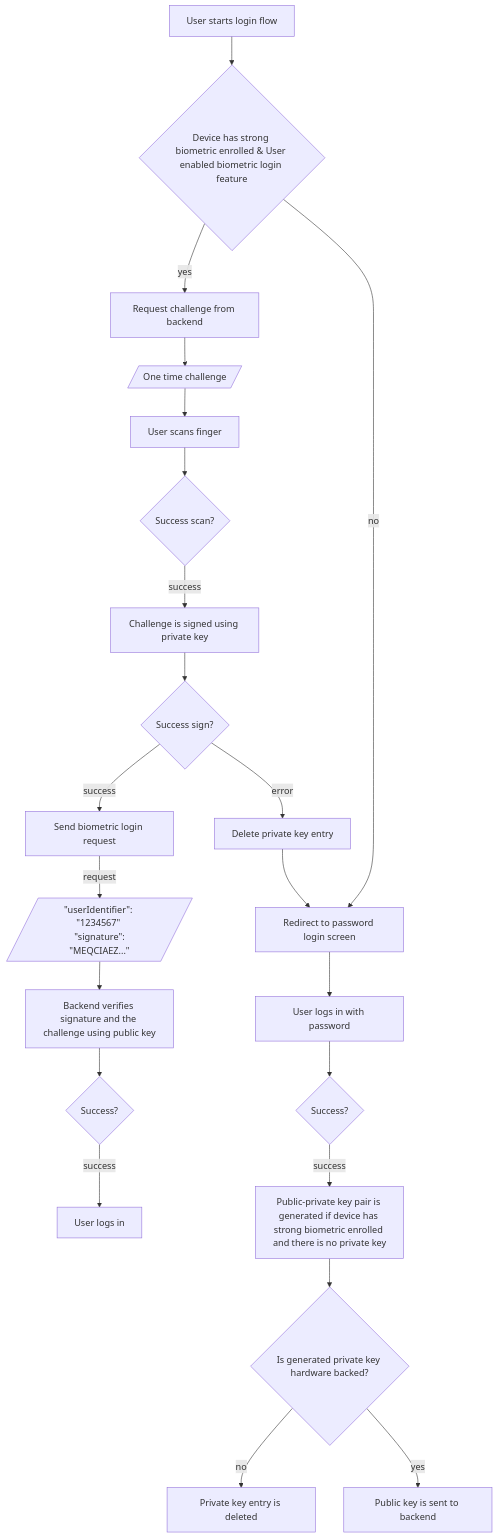
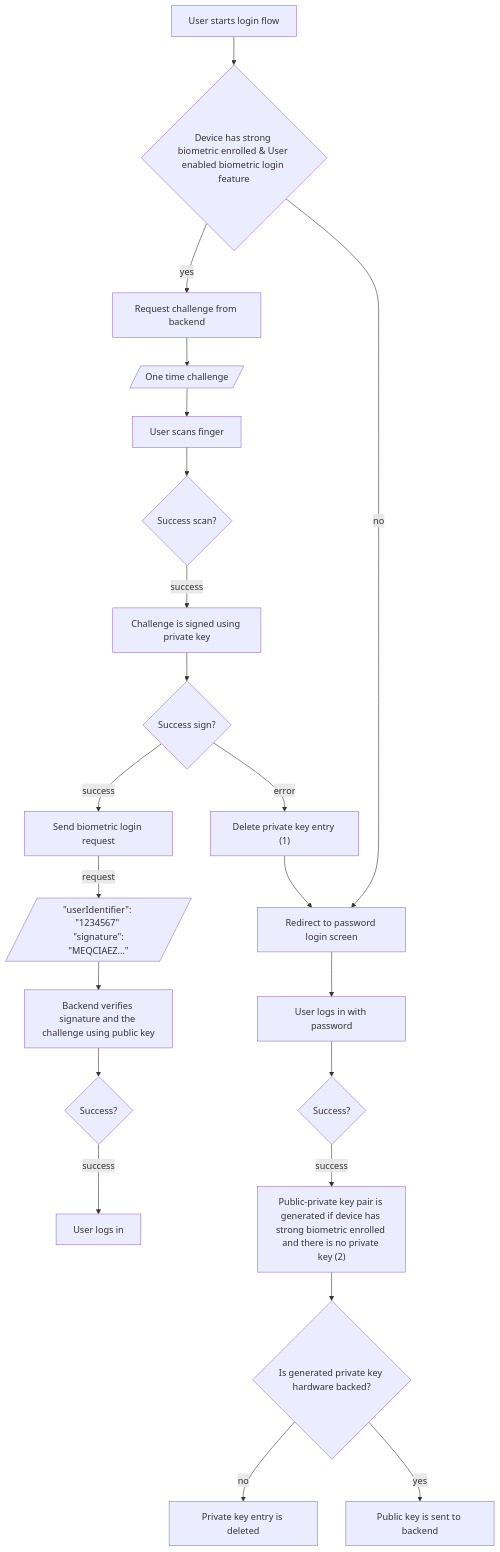
The third of 3 diagrams in _posts/2025-03-15-biometric-login.markdown (mutkuensert/mutkuensert.github.io), drawn with Mermaid before and after one commit. The commit also changed other lines of this file, not shown here.

````diff
--- a/_posts/2025-03-15-biometric-login.markdown
+++ b/_posts/2025-03-15-biometric-login.markdown
@@ -59,35 +59,35 @@
 ```mermaid
 flowchart TD
     StartLoginFlow@{ shape: rect, label: "User starts login flow" }
     UsesBiometricLogin@{ shape: diamond, label: "Device has strong biometric enrolled & User enabled biometric login feature" }
     RedirectToPasswordLogin@{ shape: rect, label: "Redirect to password login screen" }
     RequestChallenge@{ shape: rect, label: "Request challenge from backend" }
     Challenge@{ shape: lean-r, label: "One time challenge" }
     Scan@{ shape: rect, label: "User scans finger" }
     SuccessScan@{ shape: diamond, label: "Success scan?" }
     Sign@{ shape: rect, label: "Challenge is signed using private key" }
     SuccessSign@{ shape: diamond, label: "Success sign?" }
-    DeletePrivate@{ shape: rect, label: "Delete private key entry" }
+    DeletePrivate@{ shape: rect, label: "Delete private key entry (1)" }
     SendBiometricLoginRequest@{ shape: rect, label: "Send biometric login request" }
     BiometricLoginRequest@{ shape: lean-r, label: "&quot;userIdentifier&quot;: &quot;1234567&quot; <br/> &quot;signature&quot;: &quot;MEQCIAEZ...&quot;" }
     Verify@{ shape: rect, label: "Backend verifies signature and the challenge using public key" }
     SuccessVerify@{ shape: diamond, label: "Success?" }
     LogsIn@{ shape: rect, label: "User logs in" }
 
     LogsInWithPassword@{ shape: rect, label: "User logs in with password" }
     SuccessPasswordLogin@{ shape: diamond, label: "Success?" }
-    CreateKeyPair@{ shape: rect, label: "Public-private key pair is generated if device has strong biometric enrolled and there is no private key" }
+    CreateKeyPair@{ shape: rect, label: "Public-private key pair is generated if device has strong biometric enrolled and there is no private key (2)" }
     IsHardwareBacked@{ shape: diamond, label: "Is generated private key hardware backed?" }
     DeletePrivateKey@{ shape: rect, label: "Private key entry is deleted" }
     SendPublicKey@{ shape: rect, label: "Public key is sent to backend" }
 
     StartLoginFlow --> UsesBiometricLogin -- yes --> RequestChallenge --> Challenge --> Scan
     UsesBiometricLogin -- no --> RedirectToPasswordLogin --> LogsInWithPassword
     LogsInWithPassword --> SuccessPasswordLogin -- success --> CreateKeyPair --> IsHardwareBacked
     IsHardwareBacked -- no --> DeletePrivateKey
     IsHardwareBacked -- yes --> SendPublicKey
     Scan --> SuccessScan -- success --> Sign --> SuccessSign
     SuccessSign -- error -->  DeletePrivate --> RedirectToPasswordLogin
     SuccessSign -- success --> SendBiometricLoginRequest -- request --> BiometricLoginRequest
     BiometricLoginRequest --> Verify --> SuccessVerify -- success --> LogsIn
 ```
````
